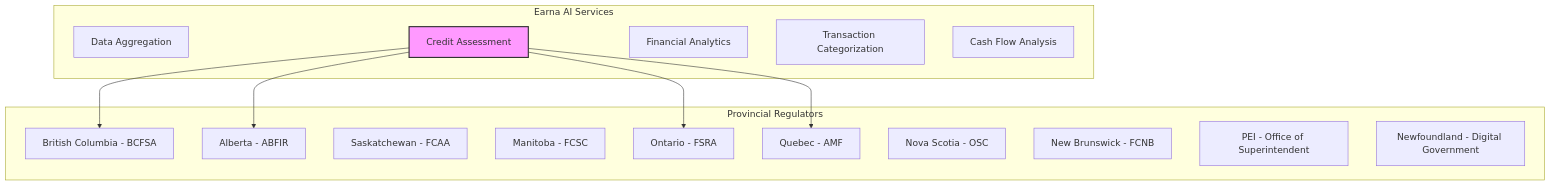
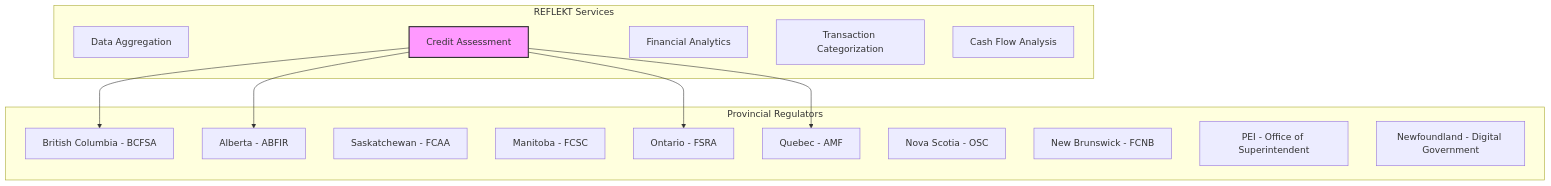
The first of 2 diagrams in docs-nextra/src/content/compliance/financial-regulations/provincial-licenses/index.mdx (identity-wael/REFLEKT), drawn with Mermaid before and after one commit. The commit also changed other lines of this file and 88 other files, not shown here.

First line of the commit message:
docs: rebrand docs-nextra from Earna AI to REFLEKT

````diff
--- a/docs-nextra/src/content/compliance/financial-regulations/provincial-licenses/index.mdx
+++ b/docs-nextra/src/content/compliance/financial-regulations/provincial-licenses/index.mdx
@@ -9,30 +9,30 @@
 ```mermaid
 graph TB
-    subgraph "Earna AI Services"
+    subgraph "REFLEKT Services"
         S1[Data Aggregation]
         S2[Credit Assessment]
         S3[Financial Analytics]
         S4[Transaction Categorization]
         S5[Cash Flow Analysis]
     end
 
     subgraph "Provincial Regulators"
         BC[British Columbia - BCFSA]
         AB[Alberta - ABFIR]
         SK[Saskatchewan - FCAA]
         MB[Manitoba - FCSC]
         ON[Ontario - FSRA]
         QC[Quebec - AMF]
         NS[Nova Scotia - OSC]
         NB[New Brunswick - FCNB]
         PE[PEI - Office of Superintendent]
         NL[Newfoundland - Digital Government]
     end
 
     S2 --> BC
     S2 --> AB
     S2 --> ON
     S2 --> QC
 
     style S2 fill:#f9f,stroke:#333,stroke-width:2px
 ```
````
